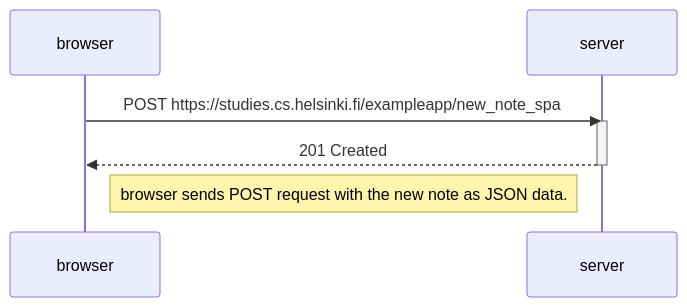
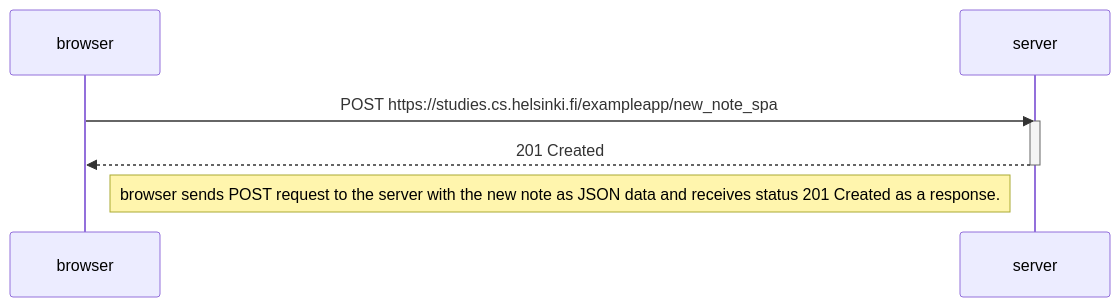
One commit to korhj/FullStackOpen changed the diagram in part0/06.md. Above: the diagram before and after it, drawn with Mermaid.

Commit message:
0.6 update

````diff
--- a/part0/06.md
+++ b/part0/06.md
@@ -1,12 +1,12 @@
 ```mermaid
 sequenceDiagram
     participant browser
     participant server
 
     browser->>server: POST https://studies.cs.helsinki.fi/exampleapp/new_note_spa
     activate server
     server-->>browser: 201 Created
     deactivate server
 
-    Note right of browser: browser sends POST request with the new note as JSON data.
+    Note right of browser: browser sends POST request to the server with the new note as JSON data and receives status 201 Created as a response.
 ```
````
